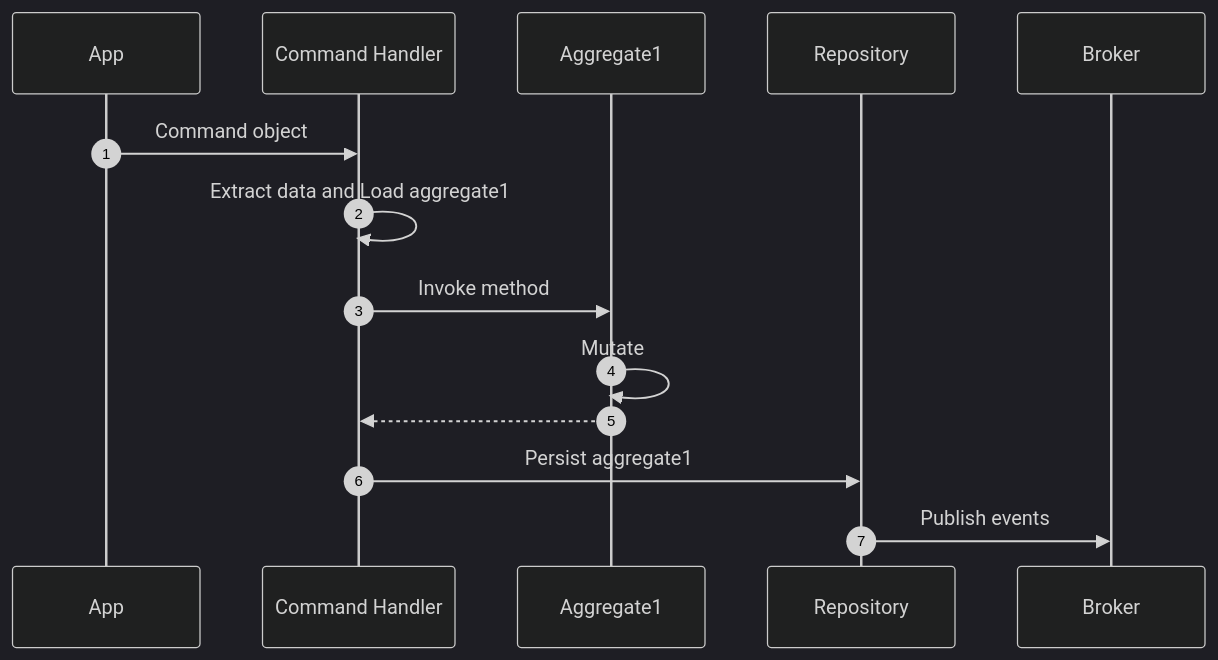
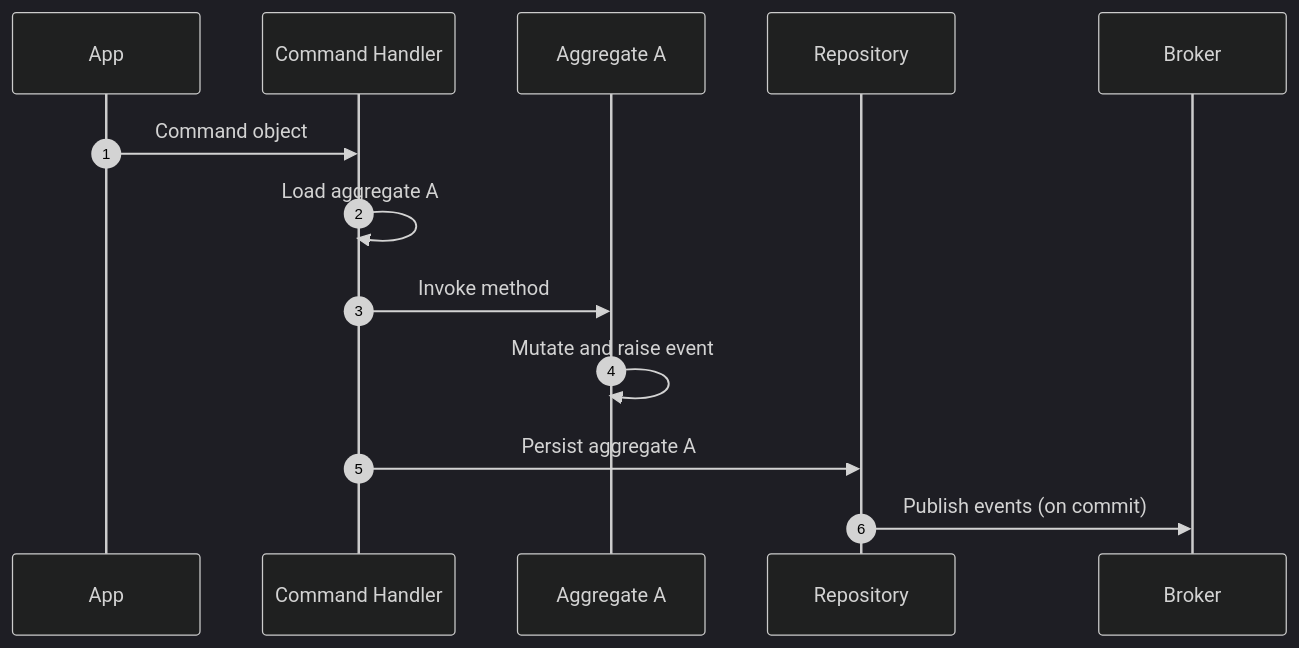
The second of 3 diagrams in docs/guides/change-state/unit-of-work.md (proteanhq/protean), drawn with Mermaid (dark theme) before and after one commit. The commit also changed other lines of this file and 10 other files, not shown here.

````diff
--- a/docs/guides/change-state/unit-of-work.md
+++ b/docs/guides/change-state/unit-of-work.md
@@ -67,11 +197,10 @@
 ```mermaid
 sequenceDiagram
   autonumber
   App->>Command Handler: Command object
-  Command Handler->>Command Handler: Extract data and Load aggregate1
-  Command Handler->>Aggregate1: Invoke method
-  Aggregate1->>Aggregate1: Mutate
-  Aggregate1-->>Command Handler: 
-  Command Handler->>Repository: Persist aggregate1
-  Repository->>Broker: Publish events
+  Command Handler->>Command Handler: Load aggregate A
+  Command Handler->>Aggregate A: Invoke method
+  Aggregate A->>Aggregate A: Mutate and raise event
+  Command Handler->>Repository: Persist aggregate A
+  Repository->>Broker: Publish events (on commit)
 ```
````
